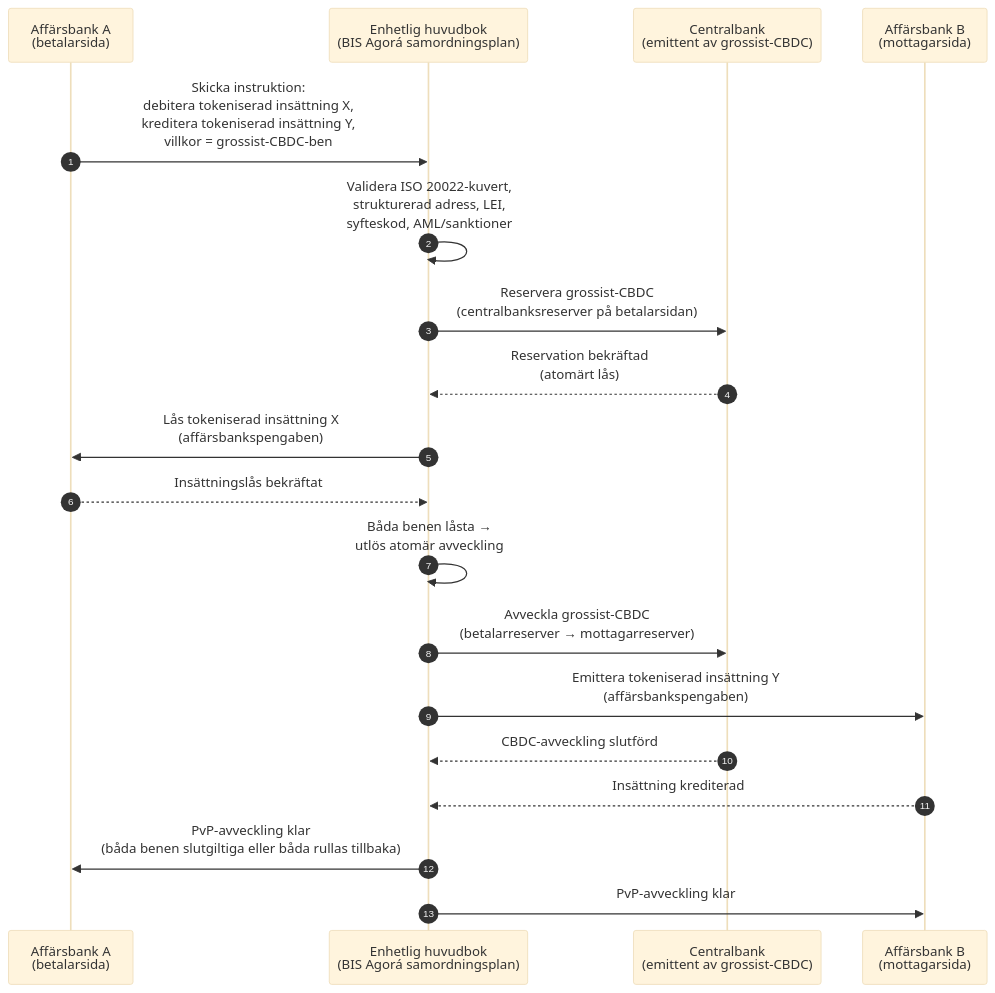
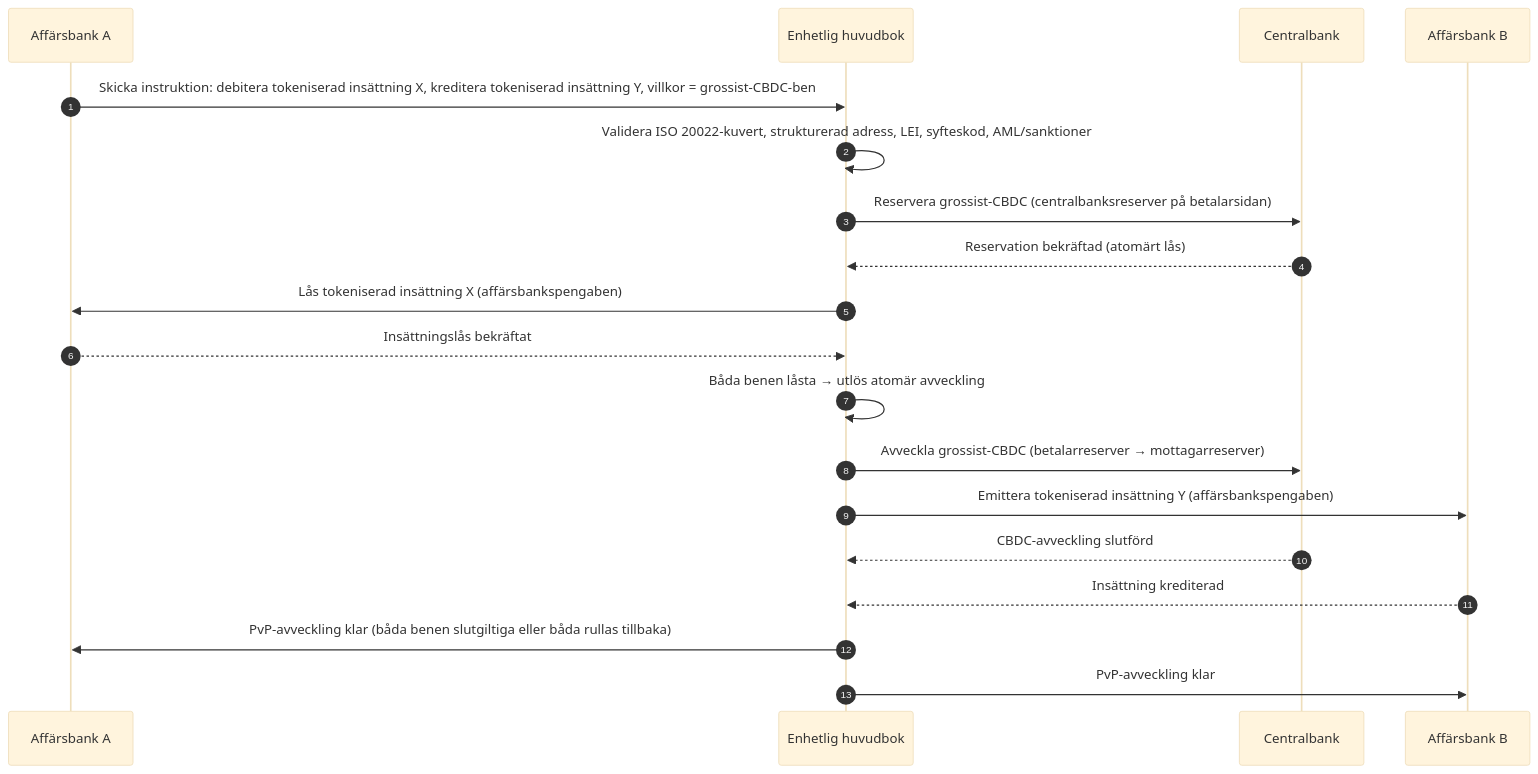
The diagram in _posts/sv/2026-06-06-wholesale-payments-index-iso20022-tokenised-deposits-cross-border-2026.md (sebastienrousseau/sebastienrousseau.github.io), drawn with Mermaid (base theme) before and after one commit. The commit also changed 2231 other files, not shown here.

First line of the commit message:
fix(mermaid): unblock Mermaid v10 rendering end-to-end (#198)

````diff
--- a/_posts/sv/2026-06-06-wholesale-payments-index-iso20022-tokenised-deposits-cross-border-2026.md
+++ b/_posts/sv/2026-06-06-wholesale-payments-index-iso20022-tokenised-deposits-cross-border-2026.md
@@ -170,22 +170,21 @@
 ```mermaid
 sequenceDiagram
     autonumber
-    participant CB_A as Affärsbank A<br/>(betalarsida)
-    participant UL as Enhetlig huvudbok<br/>(BIS Agorá samordningsplan)
-    participant CBNK as Centralbank<br/>(emittent av grossist-CBDC)
-    participant CB_B as Affärsbank B<br/>(mottagarsida)
-
-    CB_A->>UL: Skicka instruktion:<br/>debitera tokeniserad insättning X,<br/>kreditera tokeniserad insättning Y,<br/>villkor = grossist-CBDC-ben
-    UL->>UL: Validera ISO 20022-kuvert,<br/>strukturerad adress, LEI,<br/>syfteskod, AML/sanktioner
-    UL->>CBNK: Reservera grossist-CBDC<br/>(centralbanksreserver på betalarsidan)
-    CBNK-->>UL: Reservation bekräftad<br/>(atomärt lås)
-    UL->>CB_A: Lås tokeniserad insättning X<br/>(affärsbankspengaben)
+    participant CB_A as Affärsbank A
+    participant UL as Enhetlig huvudbok
+    participant CBNK as Centralbank
+    participant CB_B as Affärsbank B
+    CB_A->>UL: Skicka instruktion: debitera tokeniserad insättning X, kreditera tokeniserad insättning Y, villkor = grossist-CBDC-ben
+    UL->>UL: Validera ISO 20022-kuvert, strukturerad adress, LEI, syfteskod, AML/sanktioner
+    UL->>CBNK: Reservera grossist-CBDC (centralbanksreserver på betalarsidan)
+    CBNK-->>UL: Reservation bekräftad (atomärt lås)
+    UL->>CB_A: Lås tokeniserad insättning X (affärsbankspengaben)
     CB_A-->>UL: Insättningslås bekräftat
-    UL->>UL: Båda benen låsta →<br/>utlös atomär avveckling
-    UL->>CBNK: Avveckla grossist-CBDC<br/>(betalarreserver → mottagarreserver)
-    UL->>CB_B: Emittera tokeniserad insättning Y<br/>(affärsbankspengaben)
+    UL->>UL: Båda benen låsta → utlös atomär avveckling
+    UL->>CBNK: Avveckla grossist-CBDC (betalarreserver → mottagarreserver)
+    UL->>CB_B: Emittera tokeniserad insättning Y (affärsbankspengaben)
     CBNK-->>UL: CBDC-avveckling slutförd
     CB_B-->>UL: Insättning krediterad
-    UL->>CB_A: PvP-avveckling klar<br/>(båda benen slutgiltiga eller båda rullas tillbaka)
+    UL->>CB_A: PvP-avveckling klar (båda benen slutgiltiga eller båda rullas tillbaka)
     UL->>CB_B: PvP-avveckling klar
 ```
````
